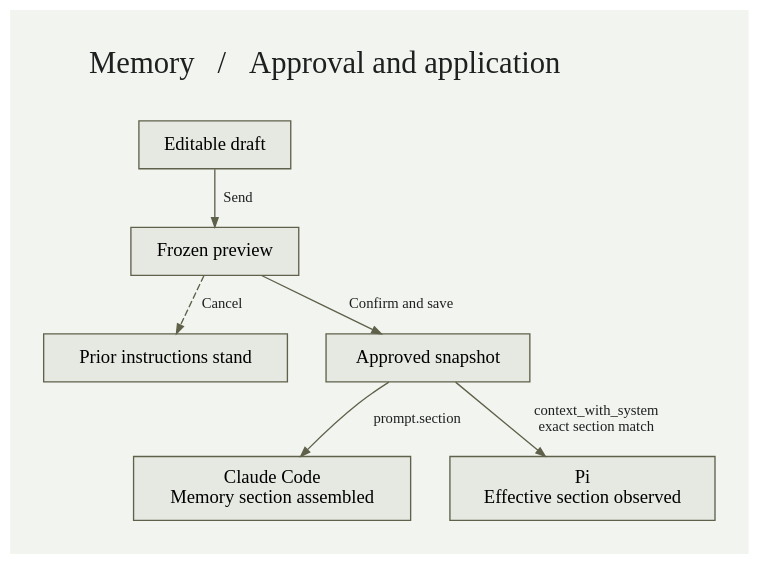
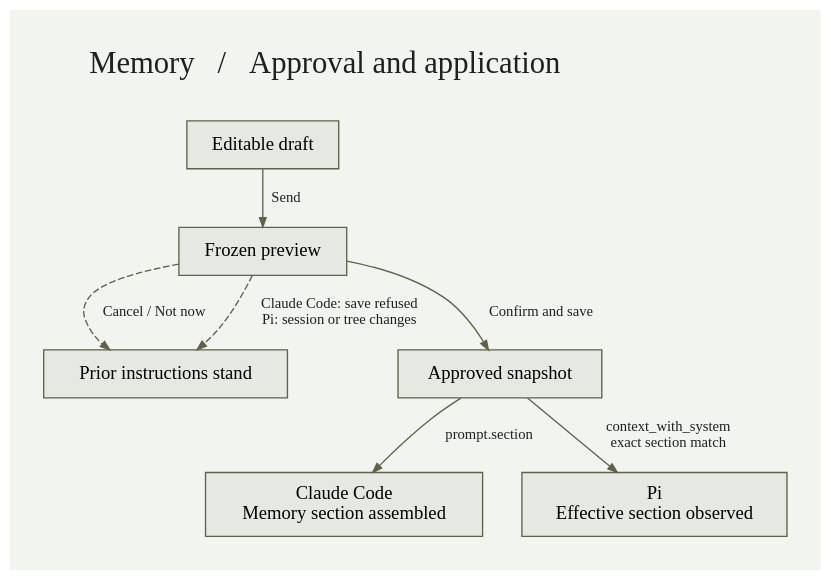
The diagram in mechanisms/binnacle-hud/transitions/memory.dot (MrBinnacle/skills), drawn with Graphviz before and after one commit. The commit also changed 7 other files, not shown here.

```diff
--- a/mechanisms/binnacle-hud/transitions/memory.dot
+++ b/mechanisms/binnacle-hud/transitions/memory.dot
@@ -1,17 +1,18 @@
 // Pi sendMemory / context_with_system, Claude send / prompt.section
 digraph Memory {
   graph [rankdir=TB, bgcolor="#F2F4EF", pad=.35, nodesep=.4, ranksep=.43, fontname="IBM Plex Sans", labelloc=t, labeljust=l, label="Memory   /   Approval and application\n ", fontsize=23, fontcolor="#1E2020"];
   node [shape=box, style=filled, color="#5F614A", fillcolor="#E6E9E2", fontname="IBM Plex Sans", fontsize=14, margin=".18,.12"];
   edge [color="#5F614A", fontcolor="#1E2020", fontname="IBM Plex Sans", fontsize=11, arrowsize=.7];
   draft [label="Editable draft"];
   preview [label="Frozen preview"];
   previous [label="Prior instructions stand"];
   sent [label="Approved snapshot"];
   cc [label="Claude Code\nMemory section assembled"];
   pi [label="Pi\nEffective section observed"];
   draft -> preview [label="  Send"];
-  preview -> previous [label="  Cancel", style=dashed];
+  preview -> previous [label="  Cancel / Not now", style=dashed];
+  preview -> previous [label="  Claude Code: save refused\n  Pi: session or tree changes", style=dashed];
   preview -> sent [label="  Confirm and save"];
   sent -> cc [label="  prompt.section"];
   sent -> pi [label="  context_with_system\n  exact section match"];
 }
```
